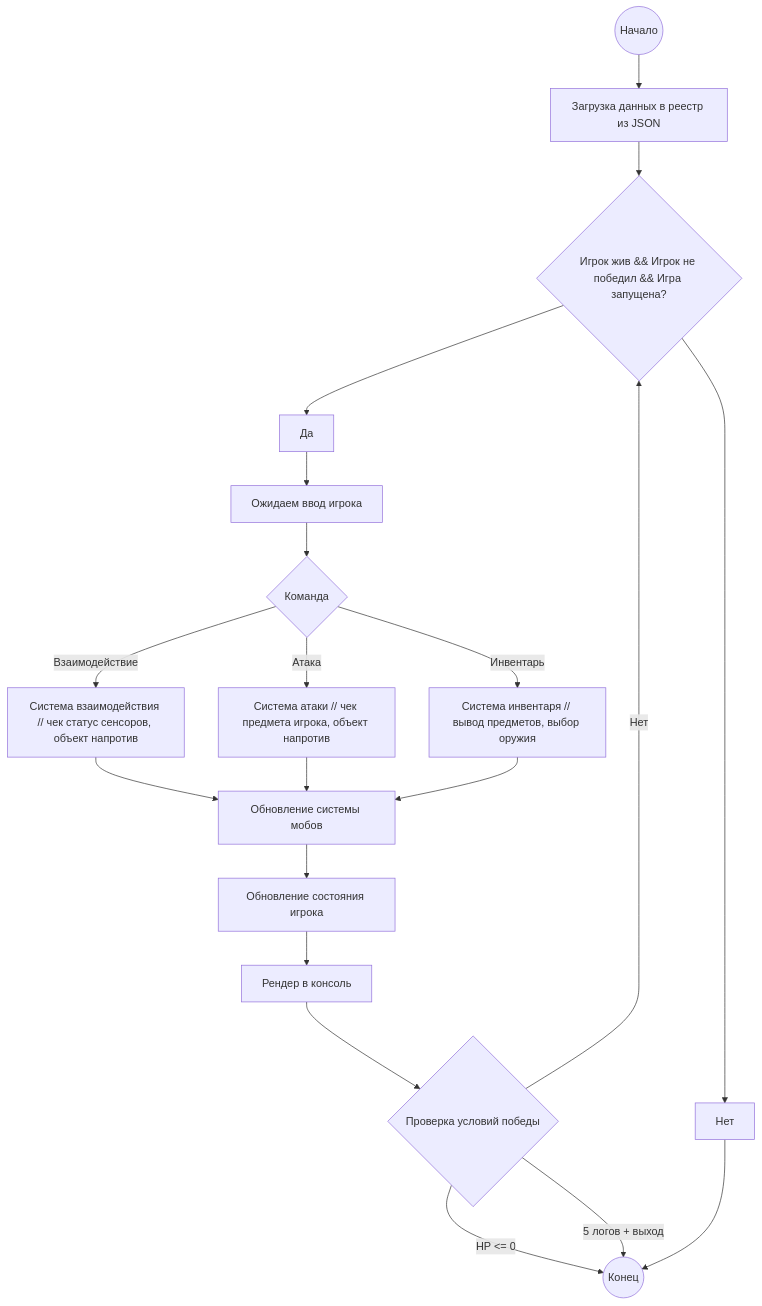
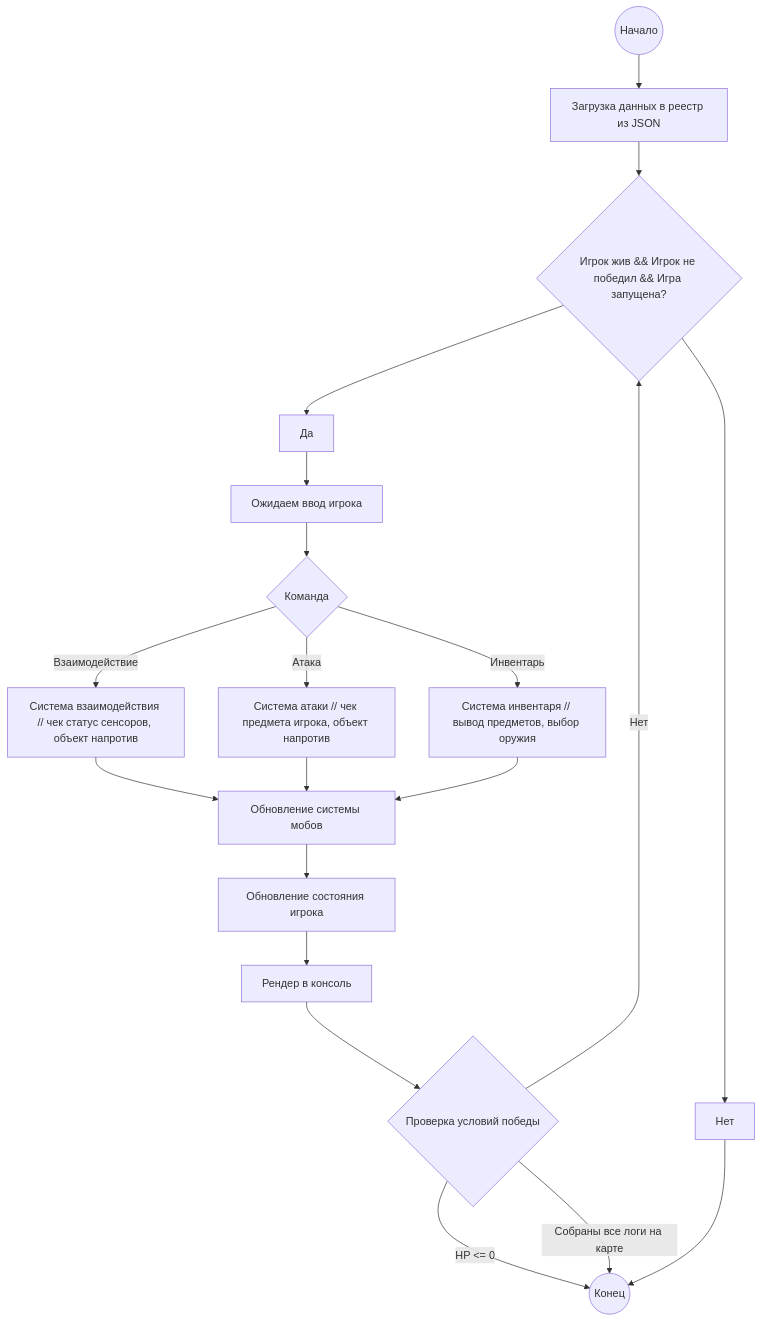
The third of 3 diagrams in Архитектура SENSORY OVERLOAD.md (rsmeowry/SensoryOverload), drawn with Mermaid before and after one commit. The commit also changed other lines of this file and 1 other file, not shown here.

````diff
--- a/Архитектура SENSORY OVERLOAD.md
+++ b/Архитектура SENSORY OVERLOAD.md
@@ -183,20 +243,20 @@
 ```mermaid
 %%{init: {'theme': 'default', 'flowchart': {'useMaxWidth': true}}}%%
 flowchart TD
 Start((Начало)) --> Load[Загрузка данных в реестр из JSON]
 Load --> Loop{Игрок жив && Игрок не победил && Игра запущена?}
 Loop --> Да --> Input[Ожидаем ввод игрока]
 Input --> Action{Команда}
 Action -- Взаимодействие --> Interact[Система взаимодействия // чек статус сенсоров, объект напротив]
 Interact --> MobUpdate[Обновление системы мобов]
 Action -- Атака --> Attack[Система атаки // чек предмета игрока, объект напротив] --> MobUpdate
 Action -- Инвентарь --> Inventory[Система инвентаря // вывод предметов, выбор оружия] --> MobUpdate
 
 MobUpdate --> PlayerUpdate[Обновление состояния игрока]
 PlayerUpdate --> RenderSystem[Рендер в консоль]
 RenderSystem --> CheckWin{Проверка условий победы}
 CheckWin -- HP <= 0 --> End
-CheckWin -- 5 логов + выход --> End
+CheckWin -- Собраны все логи на карте --> End
 CheckWin -- Нет --> Loop
 Loop --> Нет --> End((Конец))
 ```
````
